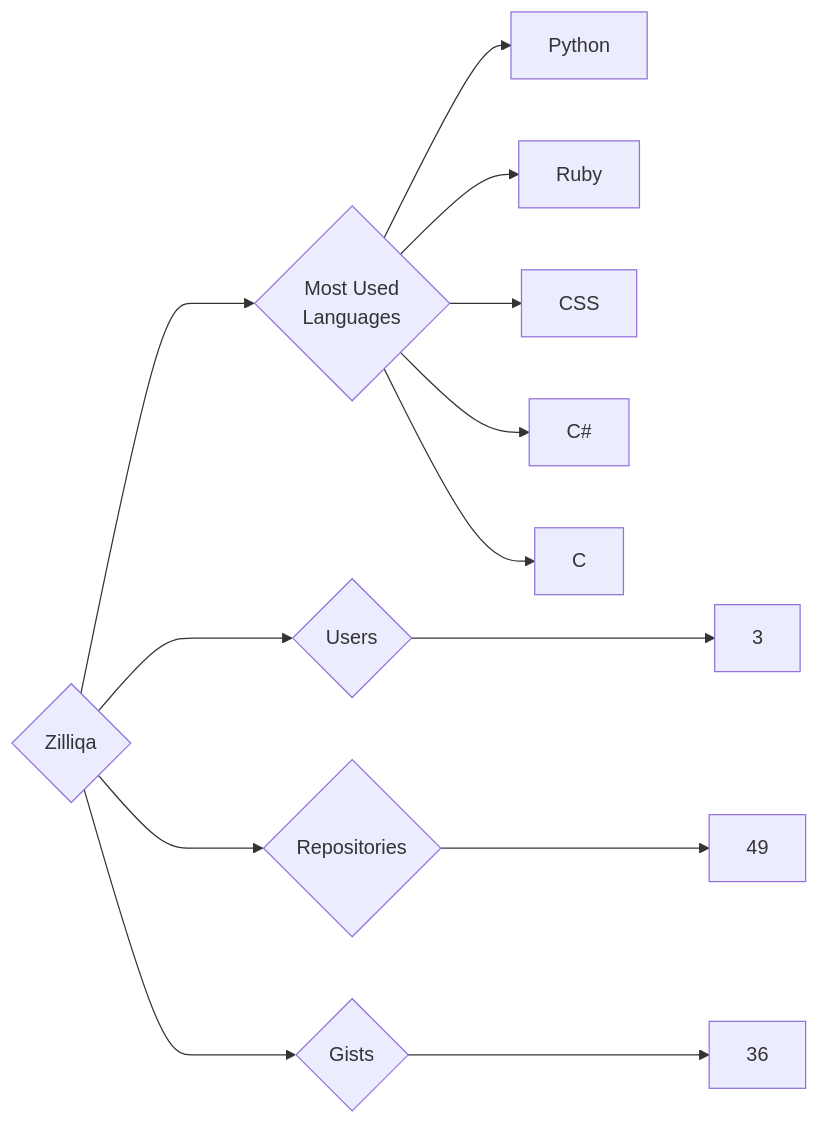
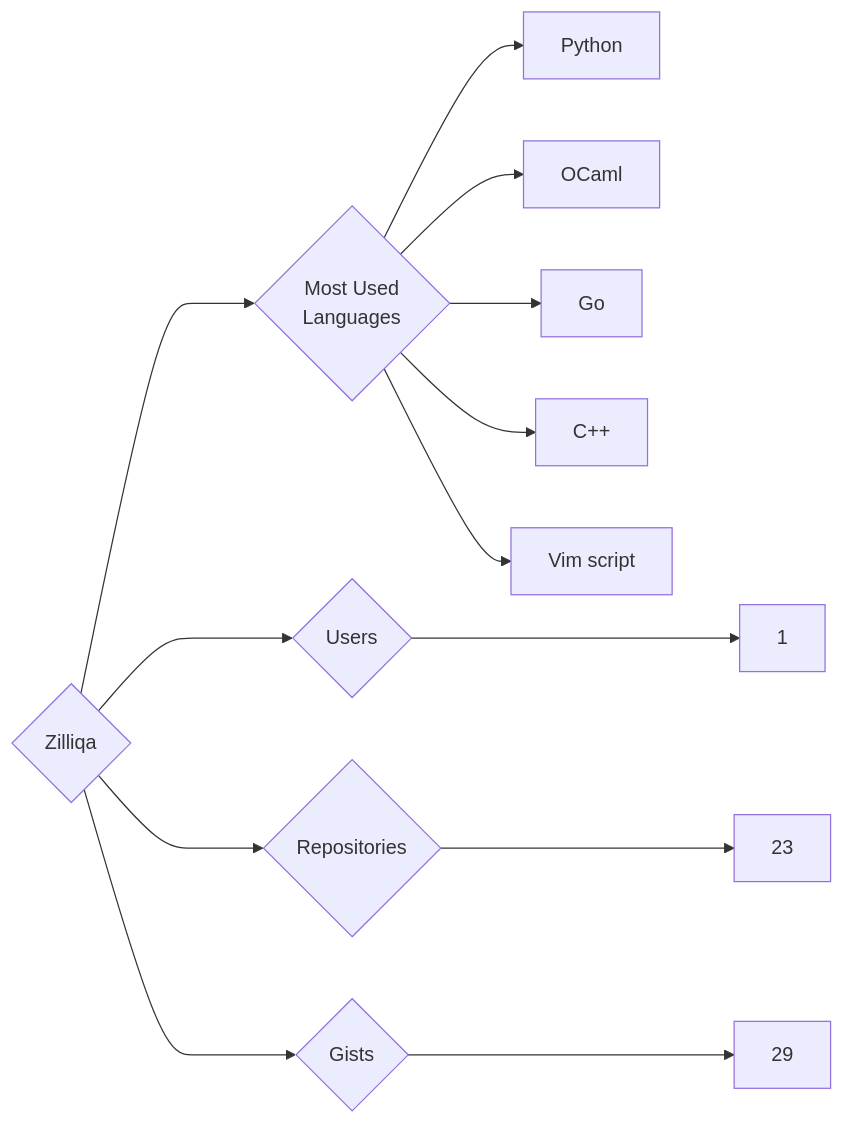
The diagram in targets/Zilliqa/README.md (trickest/insiders), drawn with Mermaid before and after one commit. The commit also changed 976 other files, not shown here.

````diff
--- a/targets/Zilliqa/README.md
+++ b/targets/Zilliqa/README.md
@@ -3,13 +3,13 @@
 ```mermaid
 graph LR
 COMPANY_NAME{Zilliqa}
-COMPANY_NAME ---> U{Users} ---> UN[3]
-COMPANY_NAME ---> R{Repositories} ---> RN[49]
-COMPANY_NAME ---> G{Gists} ---> GN[36]
+COMPANY_NAME ---> U{Users} ---> UN[1]
+COMPANY_NAME ---> R{Repositories} ---> RN[23]
+COMPANY_NAME ---> G{Gists} ---> GN[29]
 COMPANY_NAME ---> ML{Most Used<br>Languages}
 ML --> Python[Python]
-ML --> Ruby[Ruby]
-ML --> CSS[CSS]
-ML --> C#[C#]
-ML --> C[C]
+ML --> OCaml[OCaml]
+ML --> Go[Go]
+ML --> C++[C++]
+ML --> Vim_script[Vim script]
 ```
````
